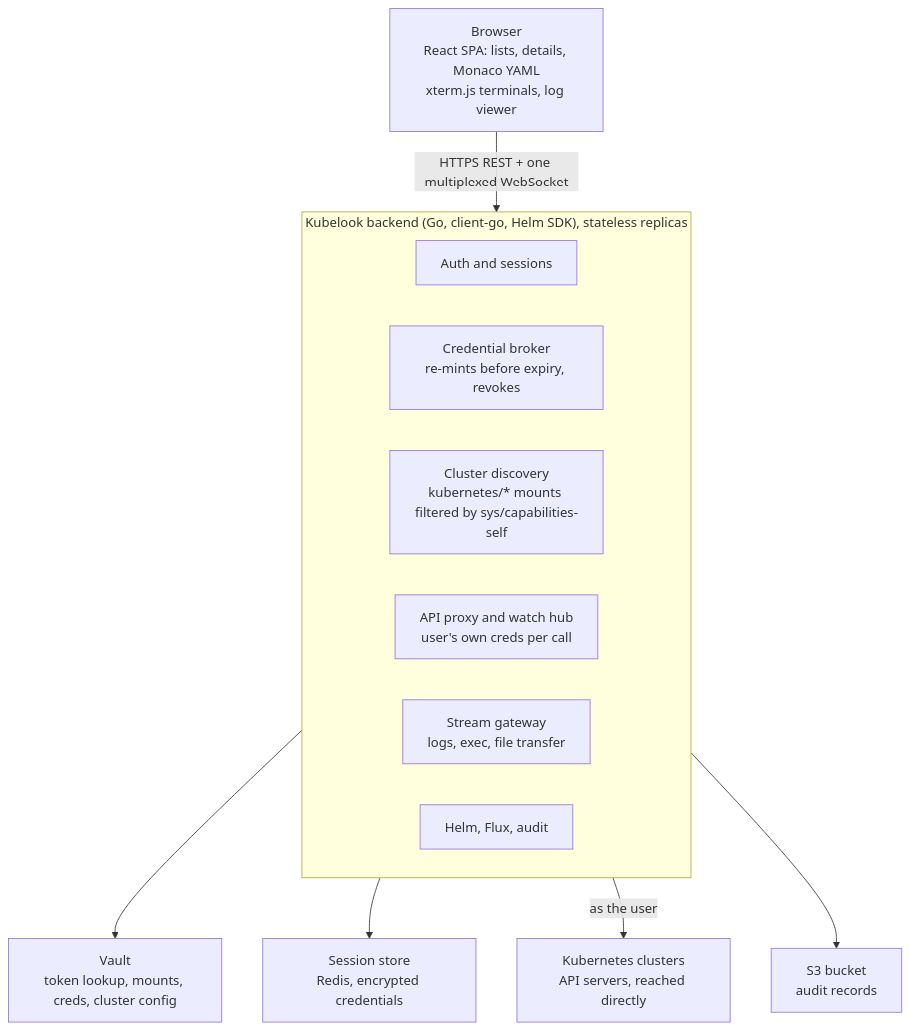
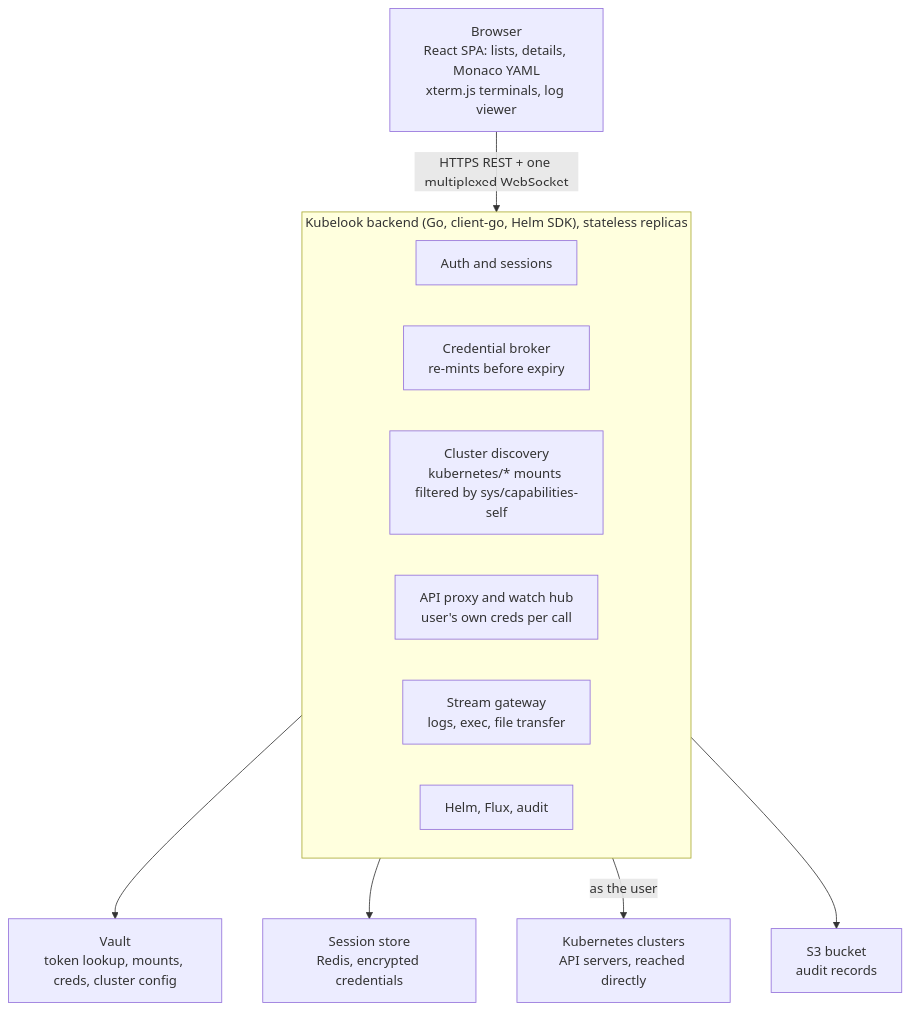
Before and after one commit to bdnix/kubelook: the diagram in docs/spec.md, drawn with Mermaid. The commit also changed other lines of this file, not shown here.

````diff
--- a/docs/spec.md
+++ b/docs/spec.md
@@ -88,21 +88,21 @@
 ```mermaid
 flowchart TB
   browser["Browser<br/>React SPA: lists, details, Monaco YAML<br/>xterm.js terminals, log viewer"]
   subgraph backend["Kubelook backend (Go, client-go, Helm SDK), stateless replicas"]
     auth["Auth and sessions"]
-    broker["Credential broker<br/>re-mints before expiry, revokes"]
+    broker["Credential broker<br/>re-mints before expiry"]
     discovery["Cluster discovery<br/>kubernetes/* mounts filtered by sys/capabilities-self"]
     proxy["API proxy and watch hub<br/>user's own creds per call"]
     streams["Stream gateway<br/>logs, exec, file transfer"]
     ops["Helm, Flux, audit"]
   end
   vault["Vault<br/>token lookup, mounts, creds, cluster config"]
   store["Session store<br/>Redis, encrypted credentials"]
   clusters["Kubernetes clusters<br/>API servers, reached directly"]
   s3["S3 bucket<br/>audit records"]
   browser -- "HTTPS REST + one multiplexed WebSocket" --> backend
   backend --> vault
   backend --> store
   backend -- "as the user" --> clusters
   backend --> s3
 ```
````
